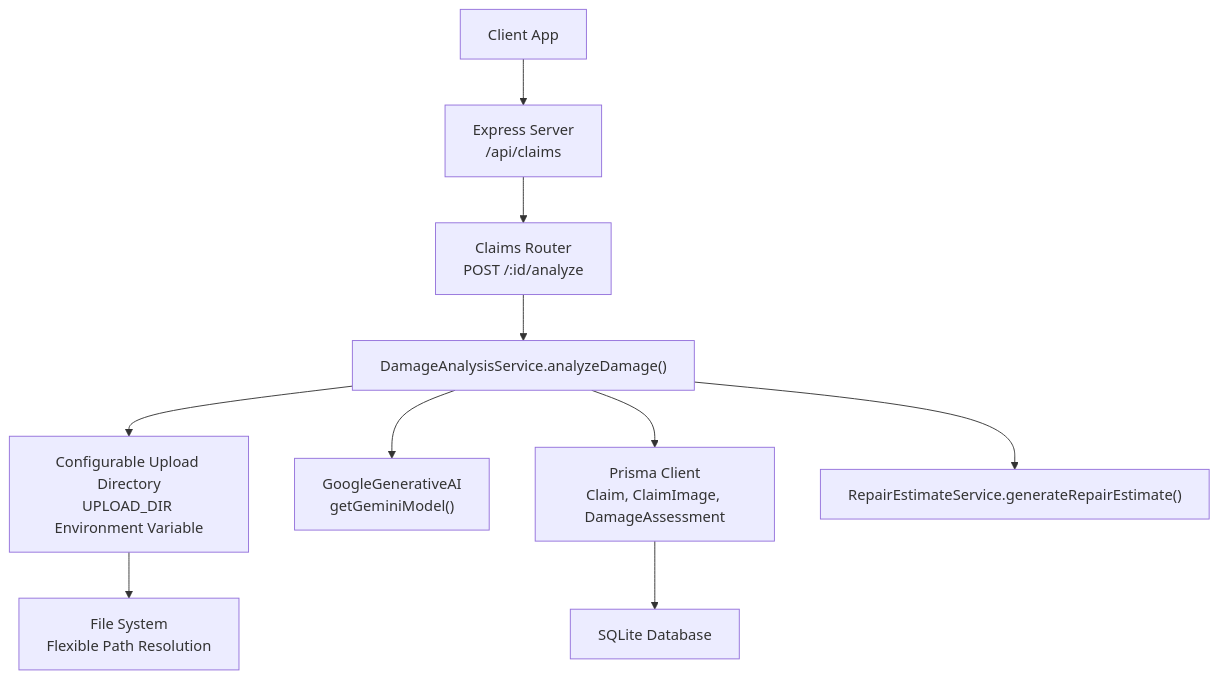
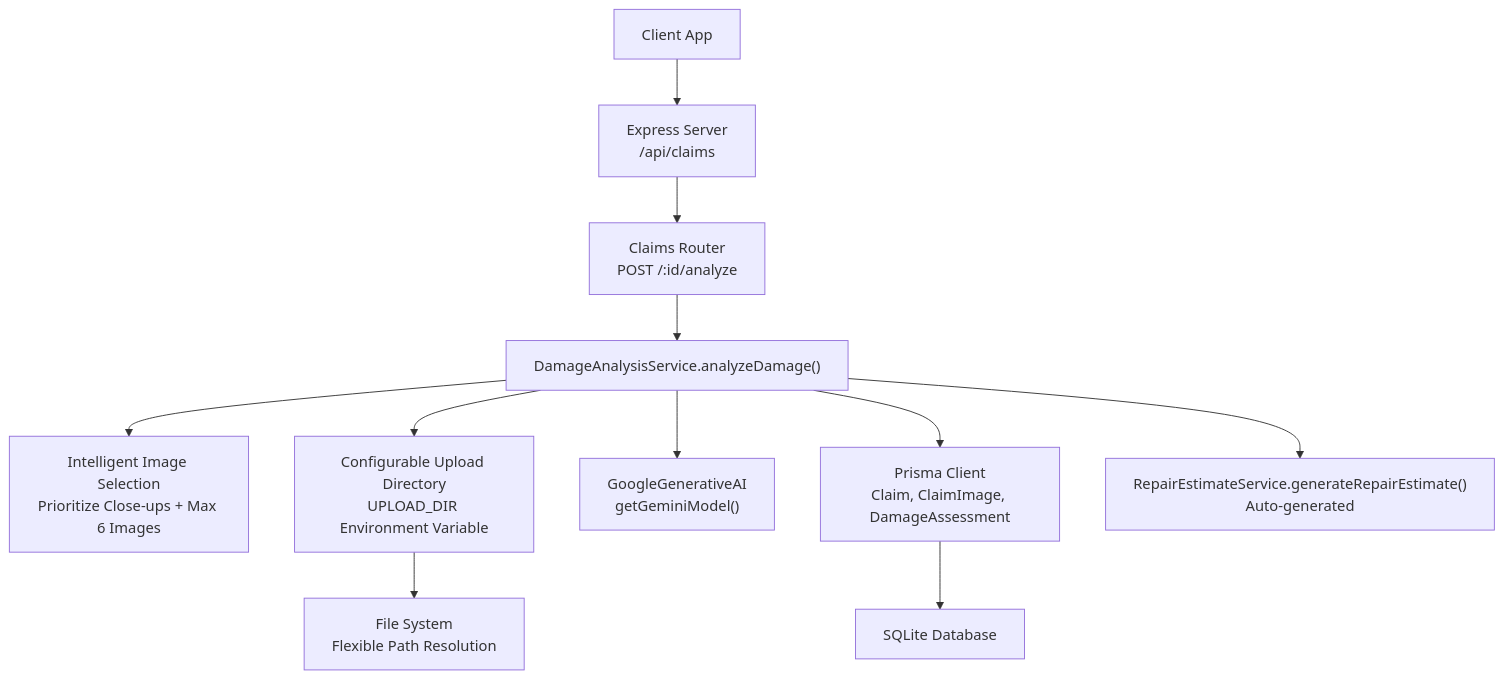
The first of 6 diagrams in .qoder/repowiki/en/content/Backend Documentation/Business Logic & Services/Damage Analysis Service.md (NaveenHiranya/Smart-Vehicle-Insurance-Claim-System), drawn with Mermaid before and after one commit. The commit also changed other lines of this file and 33 other files, not shown here.

````diff
--- a/.qoder/repowiki/en/content/Backend Documentation/Business Logic & Services/Damage Analysis Service.md
+++ b/.qoder/repowiki/en/content/Backend Documentation/Business Logic & Services/Damage Analysis Service.md
@@ -45,12 +48,13 @@
 ```mermaid
 graph TB
 Client["Client App"] --> API["Express Server<br/>/api/claims"]
 API --> ClaimsRoute["Claims Router<br/>POST /:id/analyze"]
 ClaimsRoute --> DAS["DamageAnalysisService.analyzeDamage()"]
+DAS --> ImageSelect["Intelligent Image Selection<br/>Prioritize Close-ups + Max 6 Images"]
 DAS --> Config["Configurable Upload Directory<br/>UPLOAD_DIR Environment Variable"]
 DAS --> Gemini["GoogleGenerativeAI<br/>getGeminiModel()"]
 DAS --> Prisma["Prisma Client<br/>Claim, ClaimImage, DamageAssessment"]
-DAS --> RepairEst["RepairEstimateService.generateRepairEstimate()"]
+DAS --> RepairEst["RepairEstimateService.generateRepairEstimate()<br/>Auto-generated"]
 Config --> FS["File System<br/>Flexible Path Resolution"]
 Prisma --> DB["SQLite Database"]
 ```
````
